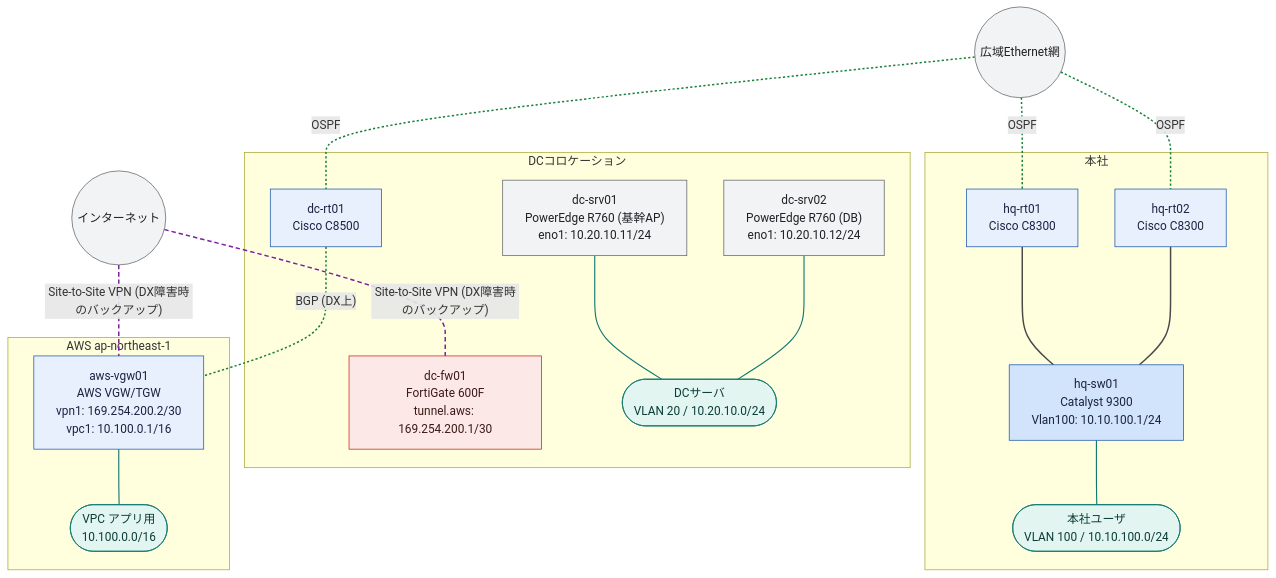
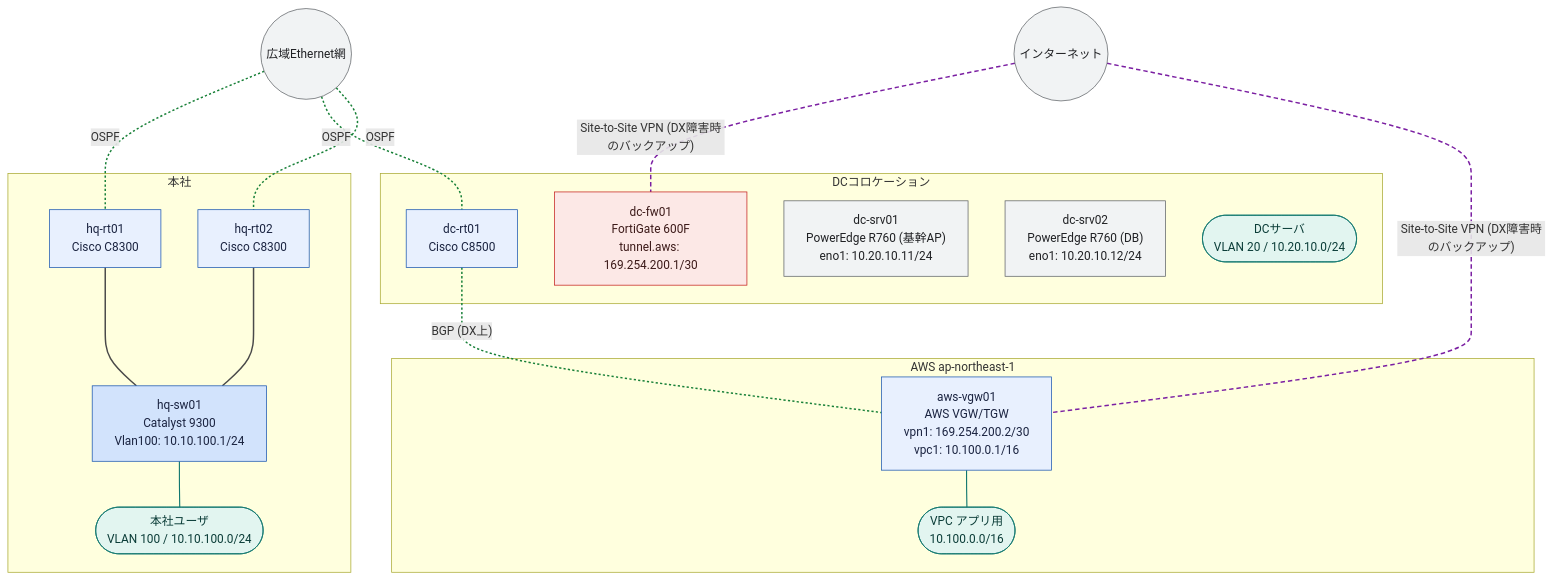
One commit to thinas1115/nwdsl changed the diagram in examples/hq-dc-cloud/generated/logical-all.mmd. Above: the diagram before and after it, drawn with Mermaid. The commit also changed 40 other files, not shown here.

First line of the commit message:
論理図でセグメント配下の端末を入れ子表示する機能を追加 (ADR-0009)

```diff
--- a/examples/hq-dc-cloud/generated/logical-all.mmd
+++ b/examples/hq-dc-cloud/generated/logical-all.mmd
@@ -1,54 +1,52 @@
 flowchart TB
   subgraph sg_dc["DCコロケーション"]
     dc_fw01["dc-fw01<br>FortiGate 600F<br>tunnel.aws: 169.254.200.1/30"]
     dc_rt01["dc-rt01<br>Cisco C8500"]
     dc_srv01["dc-srv01<br>PowerEdge R760 (基幹AP)<br>eno1: 10.20.10.11/24"]
     dc_srv02["dc-srv02<br>PowerEdge R760 (DB)<br>eno1: 10.20.10.12/24"]
     seg__dc_servers(["DCサーバ<br>VLAN 20 / 10.20.10.0/24"])
   end
   subgraph sg_aws["AWS ap-northeast-1"]
     aws_vgw01["aws-vgw01<br>AWS VGW/TGW<br>vpn1: 169.254.200.2/30<br>vpc1: 10.100.0.1/16"]
     seg__aws_vpc_app(["VPC アプリ用<br>10.100.0.0/16"])
   end
   subgraph sg_hq["本社"]
     hq_rt01["hq-rt01<br>Cisco C8300"]
     hq_rt02["hq-rt02<br>Cisco C8300"]
     hq_sw01["hq-sw01<br>Catalyst 9300<br>Vlan100: 10.10.100.1/24"]
     seg__hq_users(["本社ユーザ<br>VLAN 100 / 10.10.100.0/24"])
   end
   internet(("インターネット"))
   wide_ether(("広域Ethernet網"))
   internet ---|"Site-to-Site VPN (DX障害時のバックアップ)"| dc_fw01
   internet ---|"Site-to-Site VPN (DX障害時のバックアップ)"| aws_vgw01
   wide_ether ---|"OSPF"| hq_rt01
   wide_ether ---|"OSPF"| dc_rt01
   wide_ether ---|"OSPF"| hq_rt02
   dc_rt01 ---|"BGP (DX上)"| aws_vgw01
   hq_rt01 --- hq_sw01
   hq_rt02 --- hq_sw01
   hq_sw01 --- seg__hq_users
-  dc_srv01 --- seg__dc_servers
-  dc_srv02 --- seg__dc_servers
   aws_vgw01 --- seg__aws_vpc_app
 
   classDef node_dim fill:#f8f9fa,stroke:#dadce0,color:#bdc1c6
   classDef node_failed fill:#fce8e6,stroke:#c5221f,color:#3c1a19
   classDef role_router fill:#e8f0fe,stroke:#1a56b0,color:#1a2340
   classDef role_l3switch fill:#d2e3fc,stroke:#1a56b0,color:#1a2340
   classDef role_l2switch fill:#e6f4ea,stroke:#137333,color:#1a2e1f
   classDef role_firewall fill:#fce8e6,stroke:#c5221f,color:#3c1a19
   classDef role_other fill:#f1f3f4,stroke:#5f6368,color:#202124
   classDef node_cloud fill:#f1f3f4,stroke:#5f6368,color:#202124
   classDef node_site fill:#fff8e1,stroke:#b58105,color:#4a3a08
   classDef node_segment fill:#e2f5f0,stroke:#0f766e,color:#0b3d38
   classDef node_external fill:#ffffff,stroke:#9aa0a6,stroke-dasharray:3 3,color:#5f6368
   class dc_fw01 role_firewall
   class aws_vgw01,hq_rt01,dc_rt01,hq_rt02 role_router
   class internet,wide_ether node_cloud
   class hq_sw01 role_l3switch
   class dc_srv01,dc_srv02 role_other
   class seg__hq_users,seg__dc_servers,seg__aws_vpc_app node_segment
   linkStyle 0,1 stroke:#7b1fa2,stroke-width:2px,stroke-dasharray:6 4
   linkStyle 2,3,4,5 stroke:#188038,stroke-width:2px,stroke-dasharray:3 3
   linkStyle 6,7 stroke:#4a4a4a,stroke-width:2px
-  linkStyle 8,9,10,11 stroke:#0f766e,stroke-width:1.5px
+  linkStyle 8,9 stroke:#0f766e,stroke-width:1.5px
```
